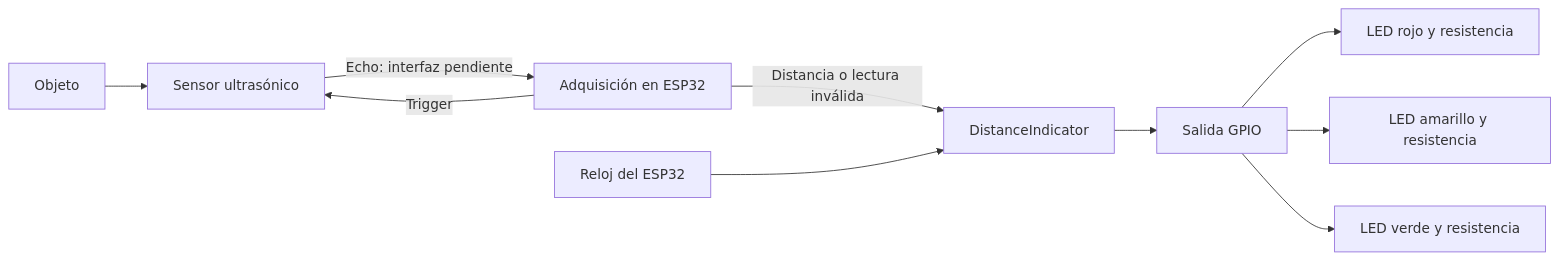
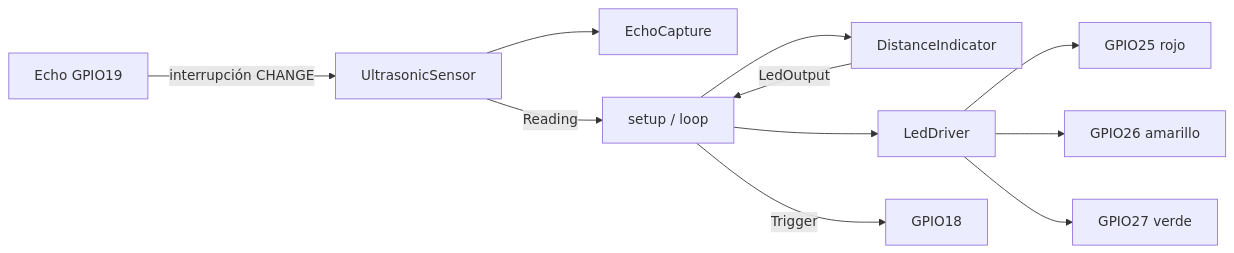
One commit to JoseCorralesAgreda/PROYECTO-IOT-SENSOR changed the first of 2 diagrams in _bmad-output/planning-artifacts/prds/prd-indicador-distancia-2026-09-07/informe-tecnico.md. Above: the diagram before and after it, drawn with Mermaid. The commit also changed other lines of this file and 9 other files, not shown here.

````diff
--- a/_bmad-output/planning-artifacts/prds/prd-indicador-distancia-2026-09-07/informe-tecnico.md
+++ b/_bmad-output/planning-artifacts/prds/prd-indicador-distancia-2026-09-07/informe-tecnico.md
@@ -25,12 +23,13 @@
 ```mermaid
 flowchart LR
-    Object[Objeto] --> Sensor[Sensor ultrasónico]
-    Sensor -->|Echo: interfaz pendiente| Acquisition[Adquisición en ESP32]
-    Acquisition -->|Trigger| Sensor
-    Acquisition -->|Distancia o lectura inválida| Controller[DistanceIndicator]
-    Clock[Reloj del ESP32] --> Controller
-    Controller --> Output[Salida GPIO]
-    Output --> Red[LED rojo y resistencia]
-    Output --> Yellow[LED amarillo y resistencia]
-    Output --> Green[LED verde y resistencia]
+    Echo[Echo GPIO19] -->|interrupción CHANGE| Sensor[UltrasonicSensor]
+    Sensor --> Capture[EchoCapture]
+    Sensor -->|Reading| Main[setup / loop]
+    Main --> Indicator[DistanceIndicator]
+    Indicator -->|LedOutput| Main
+    Main --> Driver[LedDriver]
+    Driver --> R[GPIO25 rojo]
+    Driver --> Y[GPIO26 amarillo]
+    Driver --> G[GPIO27 verde]
+    Main -->|Trigger| T[GPIO18]
 ```
````
